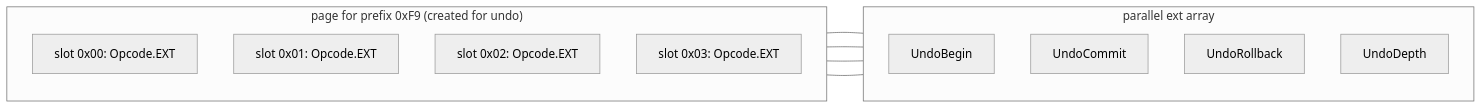
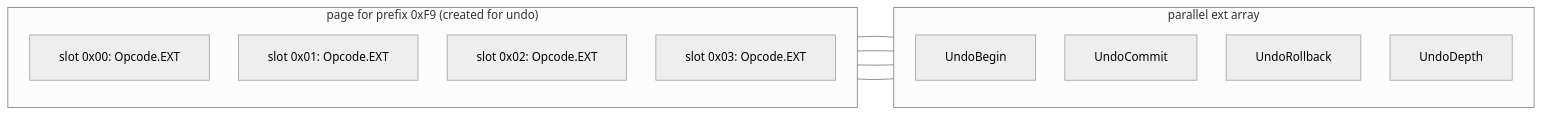
Before and after one commit to timdrichards/wizard-engine: the fourth of 10 diagrams in ideas/ExtensionsGuideV1.md, drawn with Mermaid (neutral theme). The commit also changed other lines of this file, not shown here.

Commit message:
[ext] ideas: guide diagrams use SVG labels so text is not clipped

````diff
--- a/ideas/ExtensionsGuideV1.md
+++ b/ideas/ExtensionsGuideV1.md
@@ -246,21 +249,22 @@
 ```mermaid
+%%{init: {"htmlLabels": false, "flowchart": {"htmlLabels": false, "padding": 20, "nodeSpacing": 40, "rankSpacing": 50}}}%%
 flowchart LR
     subgraph P["page for prefix 0xF9 (created for undo)"]
         direction TB
         S0["slot 0x00: Opcode.EXT"]
         S1["slot 0x01: Opcode.EXT"]
         S2["slot 0x02: Opcode.EXT"]
         S3["slot 0x03: Opcode.EXT"]
     end
     subgraph X["parallel ext array"]
         direction TB
         E0["UndoBegin"]
         E1["UndoCommit"]
         E2["UndoRollback"]
         E3["UndoDepth"]
     end
     S0 --- E0
     S1 --- E1
     S2 --- E2
     S3 --- E3
 ```
````
